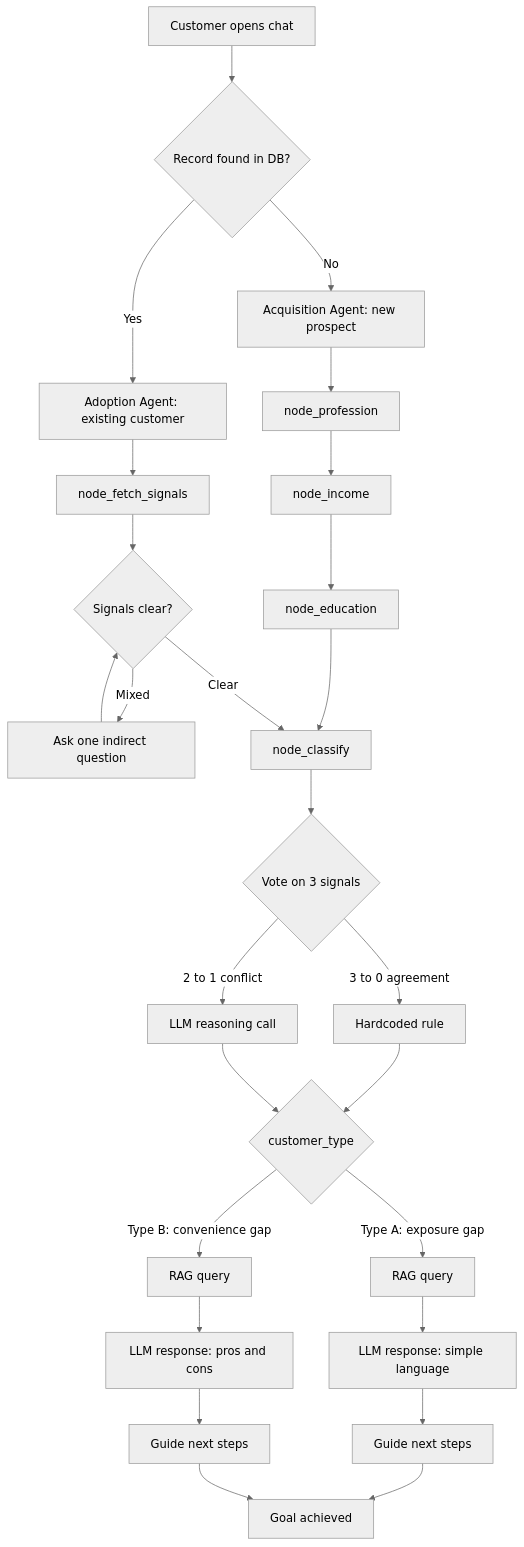
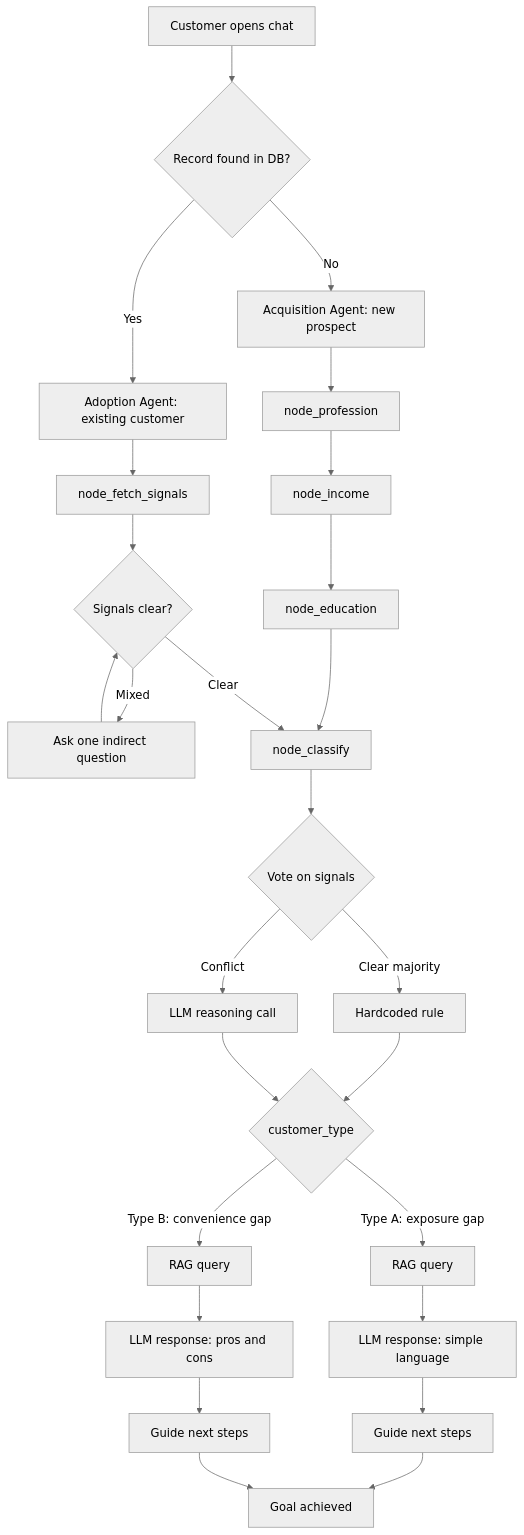
One commit to Soumya-205/ArthaSetu changed the diagram in README.md. Above: the diagram before and after it, drawn with Mermaid (neutral theme). The commit also changed other lines of this file and 9 other files, not shown here.

````diff
--- a/README.md
+++ b/README.md
@@ -28,37 +30,37 @@
 ```mermaid
 flowchart TD
     A[Customer opens chat] --> B{Record found in DB?}
     B -->|No| C[Acquisition Agent: new prospect]
     B -->|Yes| D[Adoption Agent: existing customer]
 
     C --> C1[node_profession]
     C1 --> C2[node_income]
     C2 --> C3[node_education]
 
     D --> D1[node_fetch_signals]
     D1 --> D2{Signals clear?}
     D2 -->|Mixed| D3[Ask one indirect question]
     D3 --> D2
 
     C3 --> E[node_classify]
     D2 -->|Clear| E
 
-    E --> E1{Vote on 3 signals}
-    E1 -->|3 to 0 agreement| E2[Hardcoded rule]
-    E1 -->|2 to 1 conflict| E3[LLM reasoning call]
+    E --> E1{Vote on signals}
+    E1 -->|Clear majority| E2[Hardcoded rule]
+    E1 -->|Conflict| E3[LLM reasoning call]
 
     E2 --> F{customer_type}
     E3 --> F
 
     F -->|Type A: exposure gap| G1[RAG query]
     F -->|Type B: convenience gap| G2[RAG query]
 
     G1 --> H1[LLM response: simple language]
     G2 --> H2[LLM response: pros and cons]
 
     H1 --> I1[Guide next steps]
     H2 --> I2[Guide next steps]
 
     I1 --> J[Goal achieved]
     I2 --> J
 ```
````
